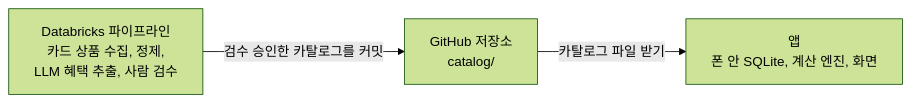
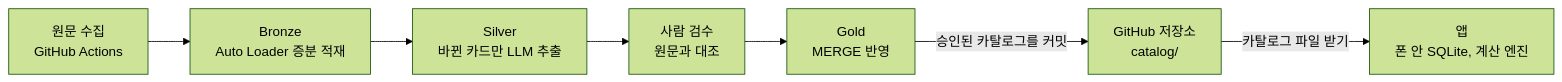
One commit to limbs-han/CherryConsume changed the diagram in README.md. Above: the diagram before and after it, drawn with Mermaid (forest theme). The commit also changed other lines of this file, not shown here.

Commit message:
README 본문 교체: 맨 위 배지 3개 제거, 기능, 파이프라인, 검증 중심 구성

````diff
--- a/README.md
+++ b/README.md
@@ -71,5 +98,9 @@
 ```mermaid
 flowchart LR
-  P["Databricks 파이프라인<br>카드 상품 수집, 정제,<br>LLM 혜택 추출, 사람 검수"] -- 검수 승인한 카탈로그를 커밋 --> G["GitHub 저장소<br>catalog/"]
-  G -- 카탈로그 파일 받기 --> A["앱<br>폰 안 SQLite, 계산 엔진, 화면"]
+  S["원문 수집<br>GitHub Actions"] --> B["Bronze<br>Auto Loader 증분 적재"]
+  B --> V["Silver<br>바뀐 카드만 LLM 추출"]
+  V --> H["사람 검수<br>원문과 대조"]
+  H --> G["Gold<br>MERGE 반영"]
+  G -- 승인된 카탈로그를 커밋 --> R["GitHub 저장소<br>catalog/"]
+  R -- 카탈로그 파일 받기 --> A["앱<br>폰 안 SQLite, 계산 엔진"]
 ```
````
